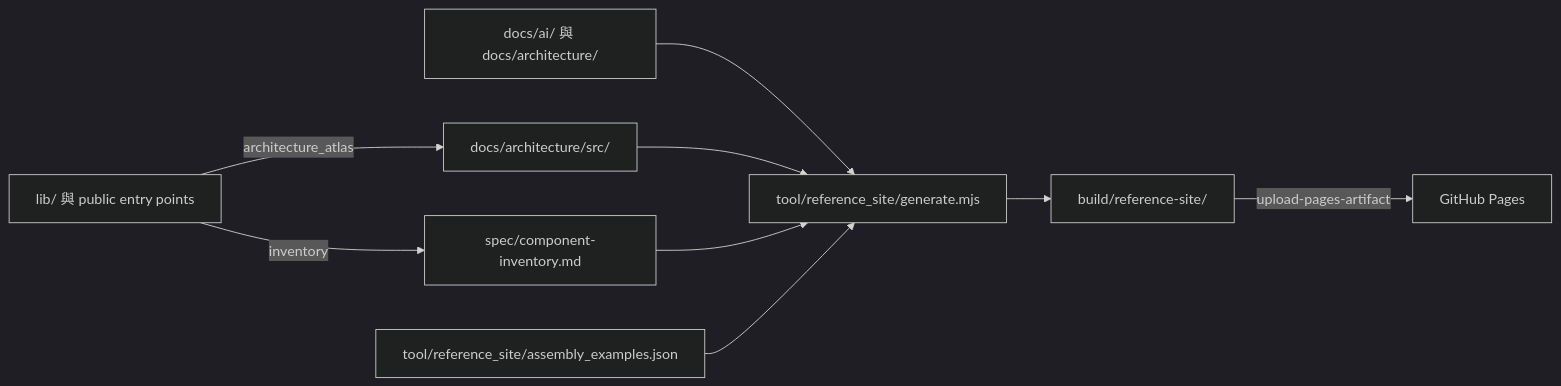
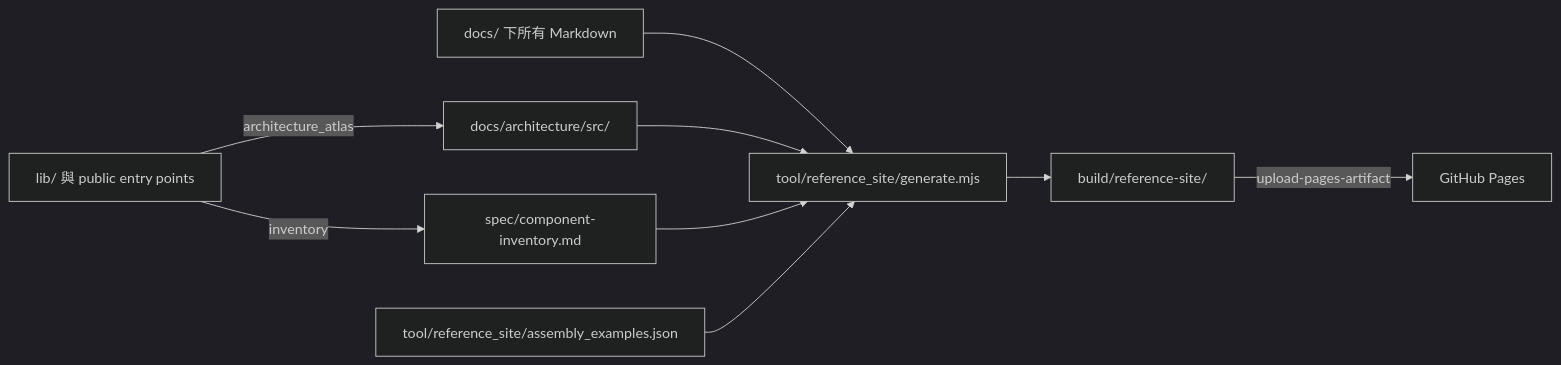
The diagram in docs/architecture/reference-site-plan.md (MiuDog/Kallopis), drawn with Mermaid (dark theme) before and after one commit. The commit also changed other lines of this file and 6 other files, not shown here.

````diff
--- a/docs/architecture/reference-site-plan.md
+++ b/docs/architecture/reference-site-plan.md
@@ -25,11 +25,11 @@
 ```mermaid
 flowchart LR
   source["lib/ 與 public entry points"] -->|architecture_atlas| atlas["docs/architecture/src/"]
   source -->|inventory| inventory["spec/component-inventory.md"]
-  guides["docs/ai/ 與 docs/architecture/"] --> generator["tool/reference_site/generate.mjs"]
+  guides["docs/ 下所有 Markdown"] --> generator["tool/reference_site/generate.mjs"]
   atlas --> generator
   inventory --> generator
   examples["tool/reference_site/assembly_examples.json"] --> generator
   generator --> site["build/reference-site/"]
   site -->|upload-pages-artifact| pages["GitHub Pages"]
 ```
````
